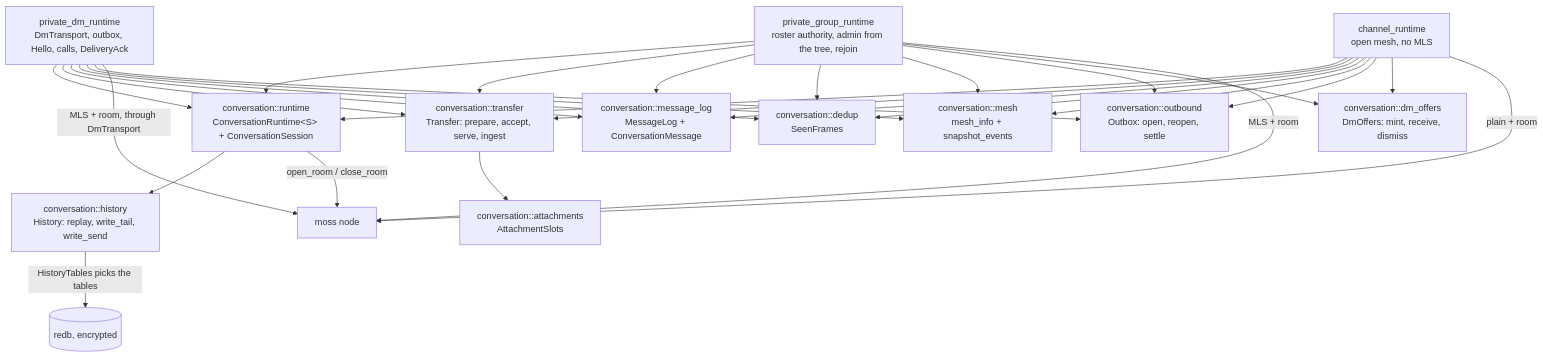
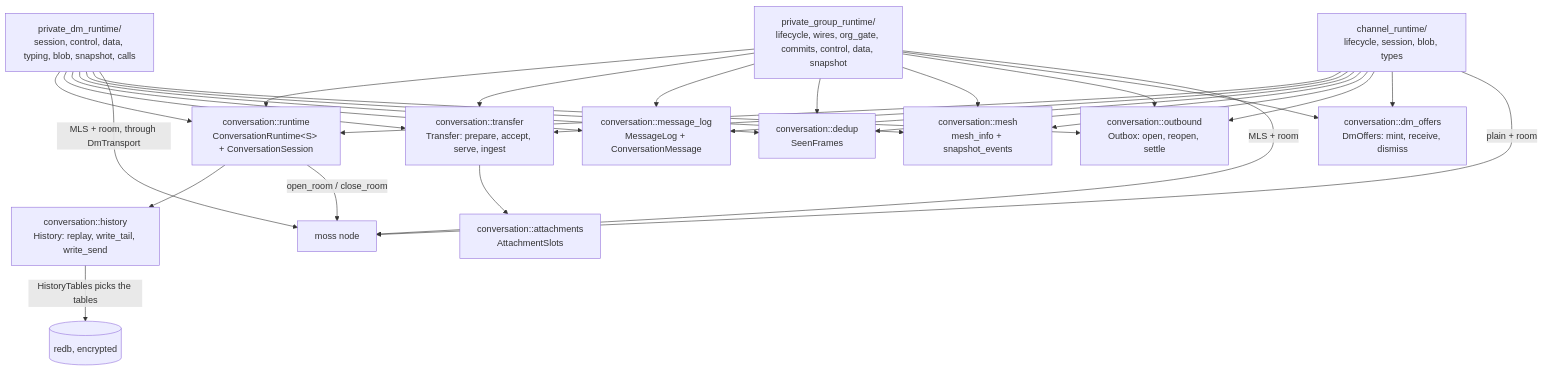
One commit to redstone-md/mosh-flutter changed the ninth of 14 diagrams in docs/Architecture.md. Above: the diagram before and after it, drawn with Mermaid. The commit also changed other lines of this file and 1 other file, not shown here.

First line of the commit message:
docs: architecture truth pass + runtime module map

````diff
--- a/docs/Architecture.md
+++ b/docs/Architecture.md
@@ -430,45 +429,45 @@
 ```mermaid
 flowchart TD
-    Dm["private_dm_runtime<br/>DmTransport, outbox, Hello, calls, DeliveryAck"]
-    Gr["private_group_runtime<br/>roster authority, admin from the tree, rejoin"]
-    Ch["channel_runtime<br/>open mesh, no MLS"]
+    Dm["private_dm_runtime/<br/>session, control, data, typing, blob, snapshot, calls"]
+    Gr["private_group_runtime/<br/>lifecycle, wires, org_gate, commits, control, data, snapshot"]
+    Ch["channel_runtime/<br/>lifecycle, session, blob, types"]
     Shell["conversation::runtime<br/>ConversationRuntime&lt;S&gt; + ConversationSession"]
     Slots["conversation::attachments<br/>AttachmentSlots"]
     Xfer["conversation::transfer<br/>Transfer: prepare, accept, serve, ingest"]
     Log["conversation::message_log<br/>MessageLog + ConversationMessage"]
     Seen["conversation::dedup<br/>SeenFrames"]
     Mesh["conversation::mesh<br/>mesh_info + snapshot_events"]
     Out["conversation::outbound<br/>Outbox: open, reopen, settle"]
     Hist["conversation::history<br/>History: replay, write_tail, write_send"]
     Offers["conversation::dm_offers<br/>DmOffers: mint, receive, dismiss"]
     Moss[moss node]
     Db[(redb, encrypted)]
 
     Dm --> Shell
     Gr --> Shell
     Ch --> Shell
     Dm --> Xfer
     Gr --> Xfer
     Ch --> Xfer
     Dm --> Log
     Dm --> Seen
     Dm --> Mesh
     Dm --> Out
     Gr --> Log
     Gr --> Seen
     Gr --> Mesh
     Gr --> Out
     Gr --> Offers
     Ch --> Log
     Ch --> Seen
     Ch --> Mesh
     Ch --> Out
     Ch --> Offers
     Xfer --> Slots
     Shell --> Hist
     Shell -->|"open_room / close_room"| Moss
     Hist -->|"HistoryTables picks the tables"| Db
     Dm -->|"MLS + room, through DmTransport"| Moss
     Gr -->|"MLS + room"| Moss
     Ch -->|"plain + room"| Moss
 ```
````
